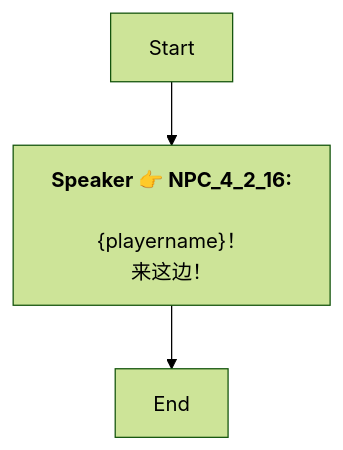
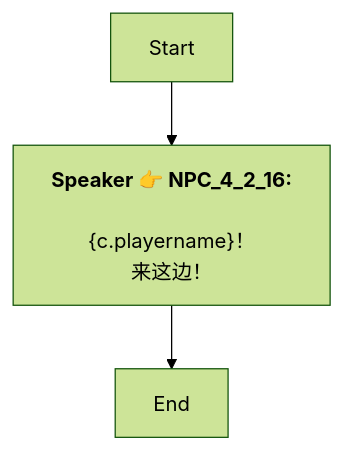
The diagram in Zh/Dialog_54882803813987.md (SoftHu/tos_avg), drawn with Mermaid (forest theme) before and after one commit. The commit also changed 410 other files, not shown here.

````diff
--- a/Zh/Dialog_54882803813987.md
+++ b/Zh/Dialog_54882803813987.md
@@ -1,8 +1,8 @@
 ```mermaid
 graph
 Start -->1756250408729104[<b>Speaker 👉 NPC_4_2_16:</b>
-\n&lbrace;playername&rbrace;！
+\n&lbrace;c.playername&rbrace;！
 来这边！]
 1756250408729104 -->1756250412557842[End]
 
 ```
````
